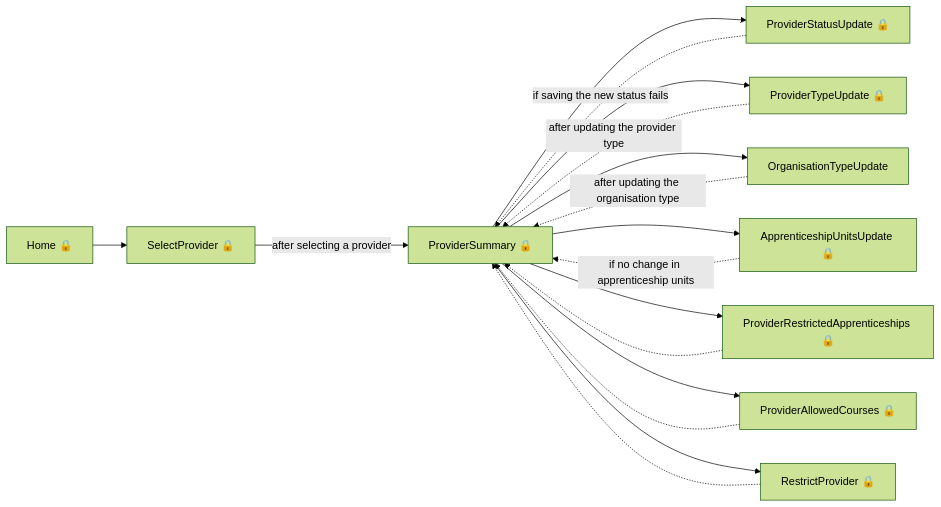
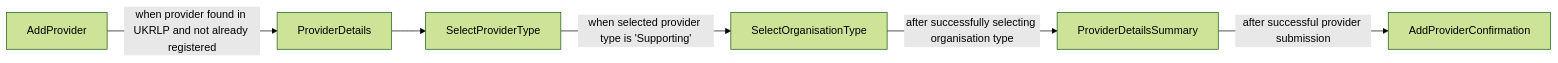
One commit to talentconsulting/atlas-dfe changed the second of 15 diagrams in das-admin-roatp-web/user-journeys/user-journeys.md. Above: the diagram before and after it, drawn with Mermaid (forest theme). The commit also changed other lines of this file and 36 other files, not shown here.

````diff
--- a/das-admin-roatp-web/user-journeys/user-journeys.md
+++ b/das-admin-roatp-web/user-journeys/user-journeys.md
@@ -26,19 +24,8 @@
 ```mermaid
 flowchart LR
-  p0["Home 🔒"] --> p1["SelectProvider 🔒"]
-  p1["SelectProvider 🔒"] -->|"after selecting a provider"| p2["ProviderSummary 🔒"]
-  p2["ProviderSummary 🔒"] --> p3["ProviderStatusUpdate 🔒"]
-  p3["ProviderStatusUpdate 🔒"] -.->|"if saving the new status fails"| p2["ProviderSummary 🔒"]
-  p2["ProviderSummary 🔒"] --> p4["ProviderTypeUpdate 🔒"]
-  p4["ProviderTypeUpdate 🔒"] -.->|"after updating the provider type"| p2["ProviderSummary 🔒"]
-  p2["ProviderSummary 🔒"] --> p5["OrganisationTypeUpdate"]
-  p5["OrganisationTypeUpdate"] -.->|"after updating the organisation type"| p2["ProviderSummary 🔒"]
-  p2["ProviderSummary 🔒"] --> p6["ApprenticeshipUnitsUpdate 🔒"]
-  p6["ApprenticeshipUnitsUpdate 🔒"] -.->|"if no change in apprenticeship units"| p2["ProviderSummary 🔒"]
-  p2["ProviderSummary 🔒"] --> p7["ProviderRestrictedApprenticeships 🔒"]
-  p7["ProviderRestrictedApprenticeships 🔒"] -.-> p2["ProviderSummary 🔒"]
-  p2["ProviderSummary 🔒"] --> p8["ProviderAllowedCourses 🔒"]
-  p8["ProviderAllowedCourses 🔒"] -.-> p2["ProviderSummary 🔒"]
-  p2["ProviderSummary 🔒"] --> p9["RestrictProvider 🔒"]
-  p9["RestrictProvider 🔒"] -.-> p2["ProviderSummary 🔒"]
+  p0["AddProvider"] -->|"when provider found in UKRLP and not already registered"| p1["ProviderDetails"]
+  p1["ProviderDetails"] --> p2["SelectProviderType"]
+  p2["SelectProviderType"] -->|"when selected provider type is 'Supporting'"| p3["SelectOrganisationType"]
+  p3["SelectOrganisationType"] -->|"after successfully selecting organisation type"| p4["ProviderDetailsSummary"]
+  p4["ProviderDetailsSummary"] -->|"after successful provider submission"| p5["AddProviderConfirmation"]
 ```
````
